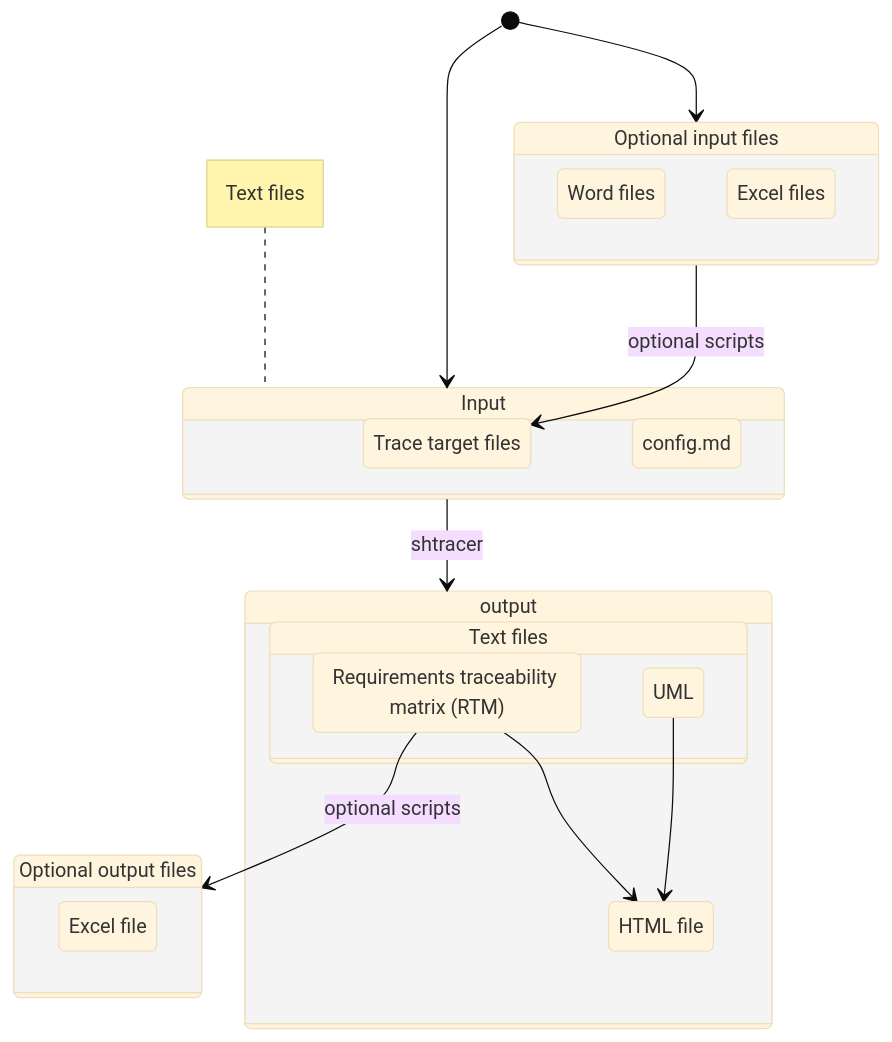
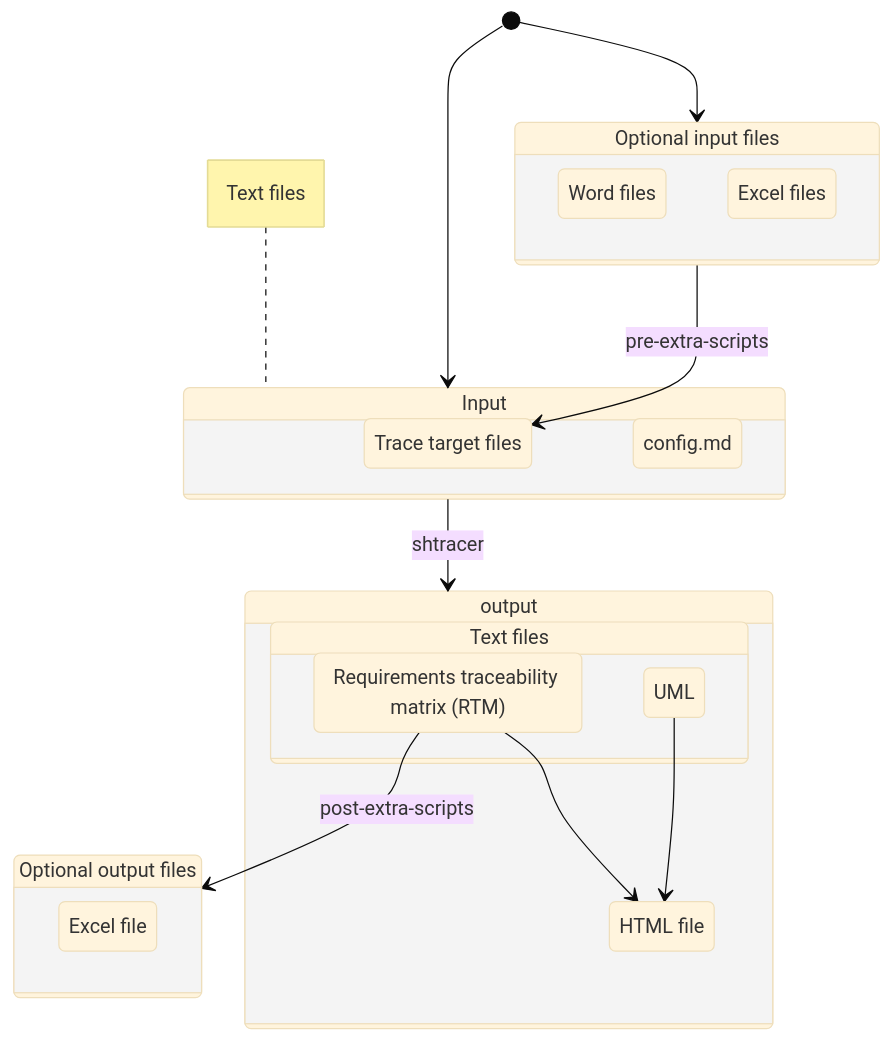
One commit to qq3g7bad/shtracer changed the first of 2 diagrams in README.md. Above: the diagram before and after it, drawn with Mermaid (base theme).

Commit message:
docs: readme.md

````diff
--- a/README.md
+++ b/README.md
@@ -12,45 +12,45 @@
 ```mermaid
 stateDiagram
 
 input:Input
 opt_input:Optional input files
 
 state input {
   targetfiles:Trace target files
   config:config.md
 }
 state opt_input {
   wordinput:Word files
   excelinput:Excel files
 }
 note left of input
   Text files
 end note
 
 [*] --> input
 [*] --> opt_input
 
-opt_input --> targetfiles : optional scripts
+opt_input --> targetfiles : pre-extra-scripts
 opt_output:Optional output files
 
 state output {
   txt_output: Text files
   html_output:HTML file
 }
 
 state txt_output {
   rtm:Requirements traceability matrix (RTM)
   uml:UML
 }
 
 state opt_output {
   excel_output:Excel file
 }
 
 
 input --> output : shtracer
-rtm --> opt_output : optional scripts
+rtm --> opt_output : post-extra-scripts
 rtm --> html_output
 uml --> html_output
 
 ```
````
